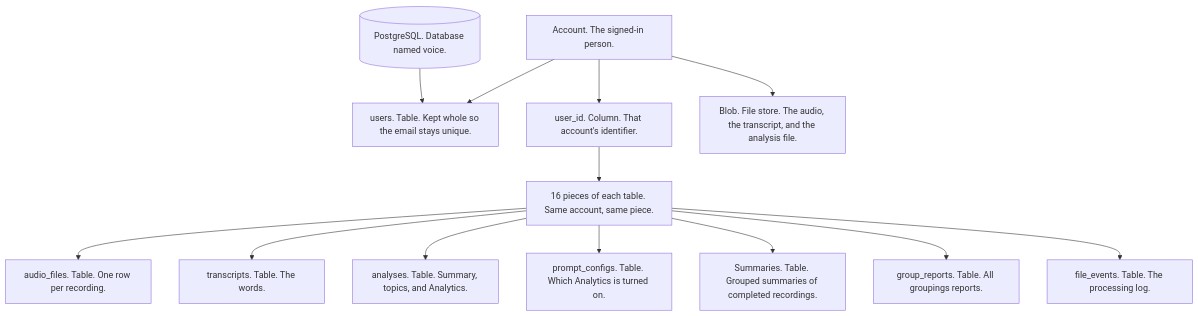
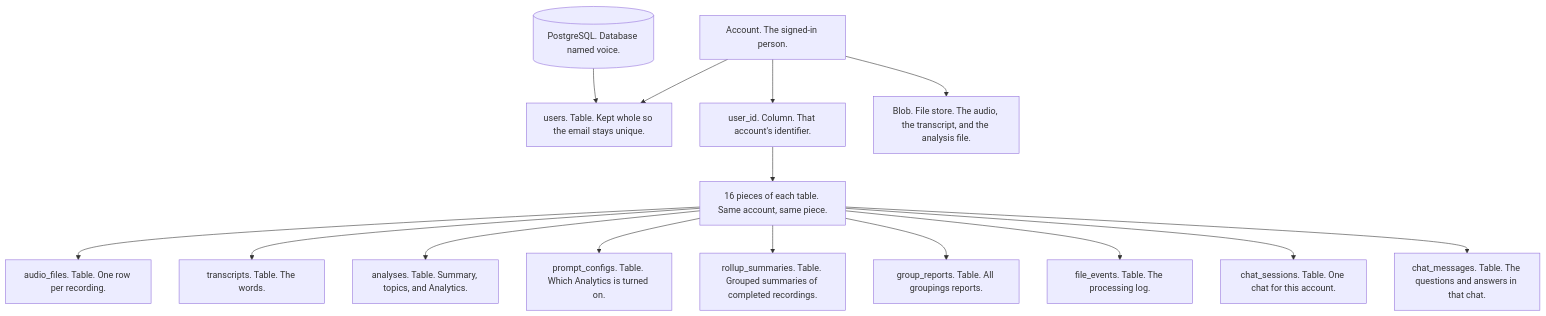
One commit to highprincezero/wn-voice-analytics changed the second of 4 diagrams in docs/data-model.md. Above: the diagram before and after it, drawn with Mermaid. The commit also changed other lines of this file and 18 other files, not shown here.

````diff
--- a/docs/data-model.md
+++ b/docs/data-model.md
@@ -106,15 +121,17 @@
 ```mermaid
 flowchart TB
   db[("PostgreSQL. Database named voice.")] --> users["users. Table. Kept whole so the email stays unique."]
   person["Account. The signed-in person."] --> users
   person --> uid["user_id. Column. That account's identifier."]
   uid --> parts["16 pieces of each table. Same account, same piece."]
   parts --> audio["audio_files. Table. One row per recording."]
   parts --> transcripts["transcripts. Table. The words."]
   parts --> analyses["analyses. Table. Summary, topics, and Analytics."]
   parts --> prompts["prompt_configs. Table. Which Analytics is turned on."]
-  parts --> summaries["Summaries. Table. Grouped summaries of completed recordings."]
+  parts --> summaries["rollup_summaries. Table. Grouped summaries of completed recordings."]
   parts --> reports["group_reports. Table. All groupings reports."]
   parts --> events["file_events. Table. The processing log."]
+  parts --> chatSessions["chat_sessions. Table. One chat for this account."]
+  parts --> chatMessages["chat_messages. Table. The questions and answers in that chat."]
   person --> blob["Blob. File store. The audio, the transcript, and the analysis file."]
 ```
````
